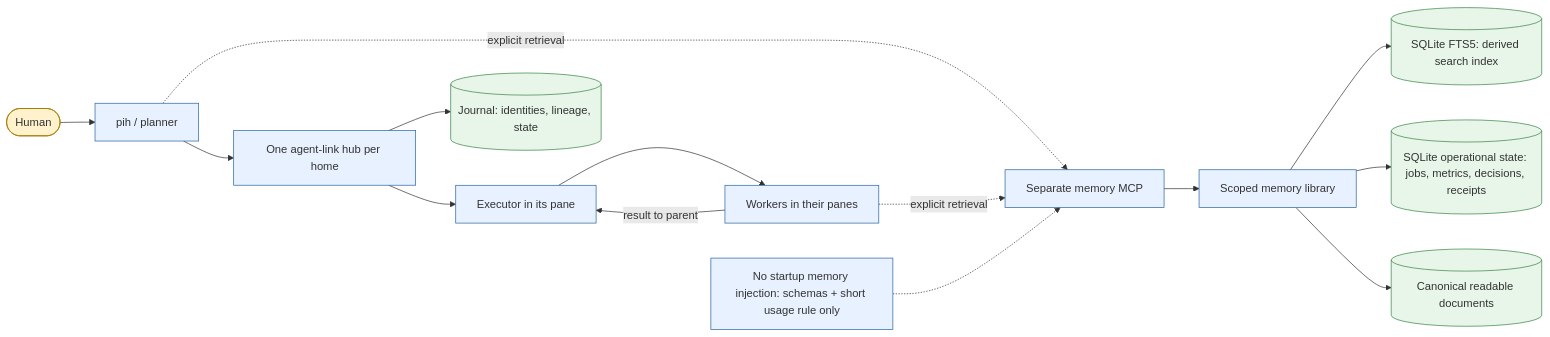
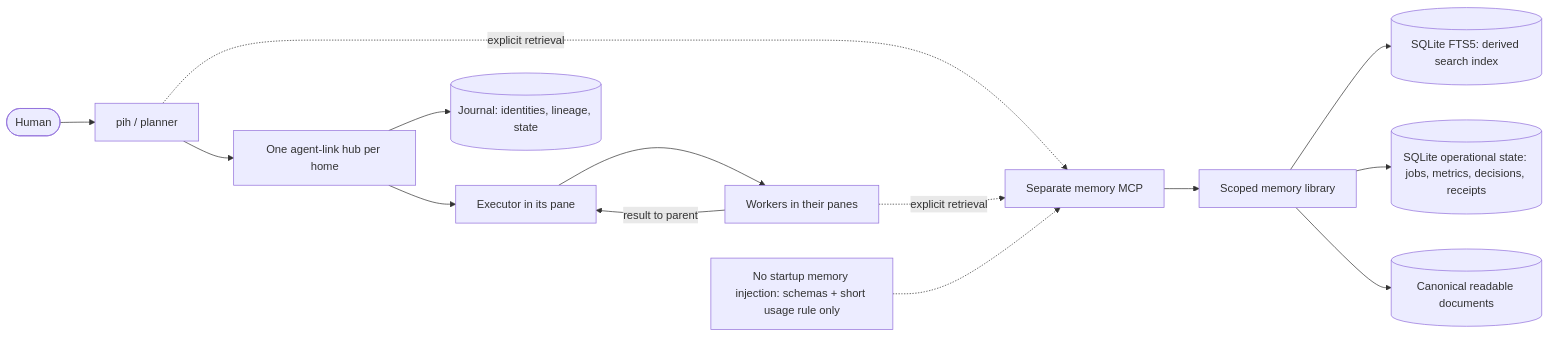
The first of 5 diagrams in docs/architecture.md (Jero110/pi-house), drawn with Mermaid before and after one commit. The commit also changed other lines of this file and 2 other files, not shown here.

First line of the commit message:
fix: run CI on the Node that books-rag needs, and draw diagrams without colors

````diff
--- a/docs/architecture.md
+++ b/docs/architecture.md
@@ -7,18 +7,14 @@
 ```mermaid
 flowchart LR
-  classDef code fill:#e8f1ff,stroke:#2864a0
-  classDef llm fill:#f3e8ff,stroke:#7541a6
-  classDef store fill:#e8f5e9,stroke:#398447
-  classDef human fill:#fff2cc,stroke:#a47b00
-  U([Human]):::human --> P[pih / planner]:::code --> H[One agent-link hub per home]:::code
-  H --> E[Executor in its pane]:::code --> W[Workers in their panes]:::code
+  U([Human]) --> P[pih / planner] --> H[One agent-link hub per home]
+  H --> E[Executor in its pane] --> W[Workers in their panes]
   W -->|result to parent| E
-  H --> J[(Journal: identities, lineage, state)]:::store
-  P -. explicit retrieval .-> M[Separate memory MCP]:::code
+  H --> J[(Journal: identities, lineage, state)]
+  P -. explicit retrieval .-> M[Separate memory MCP]
   W -. explicit retrieval .-> M
-  M --> L[Scoped memory library]:::code
-  L --> F[(SQLite FTS5: derived search index)]:::store
-  L --> O[(SQLite operational state: jobs, metrics, decisions, receipts)]:::store
-  L --> D[(Canonical readable documents)]:::store
-  N[No startup memory injection: schemas + short usage rule only]:::code -.-> M
+  M --> L[Scoped memory library]
+  L --> F[(SQLite FTS5: derived search index)]
+  L --> O[(SQLite operational state: jobs, metrics, decisions, receipts)]
+  L --> D[(Canonical readable documents)]
+  N[No startup memory injection: schemas + short usage rule only] -.-> M
 ```
````
